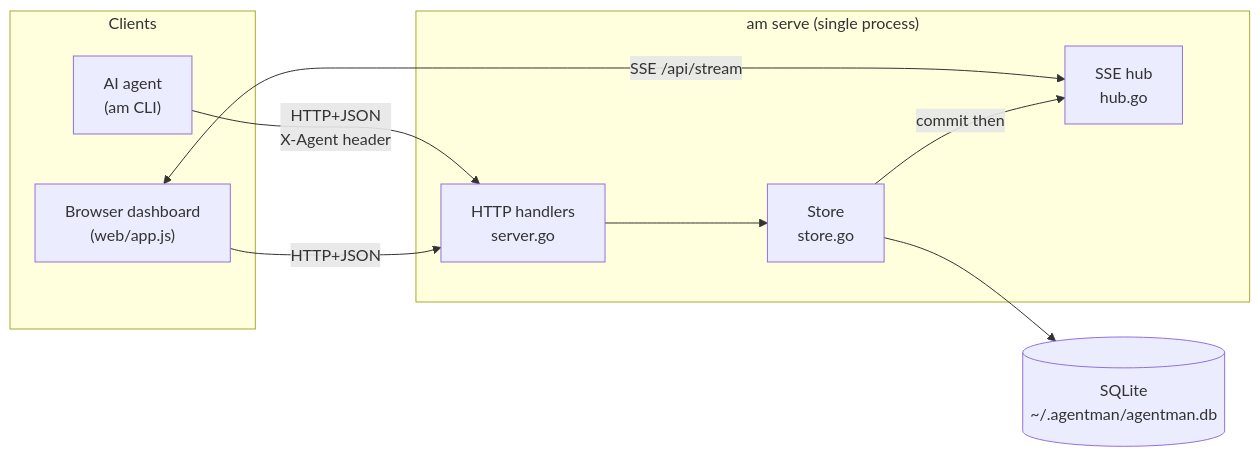
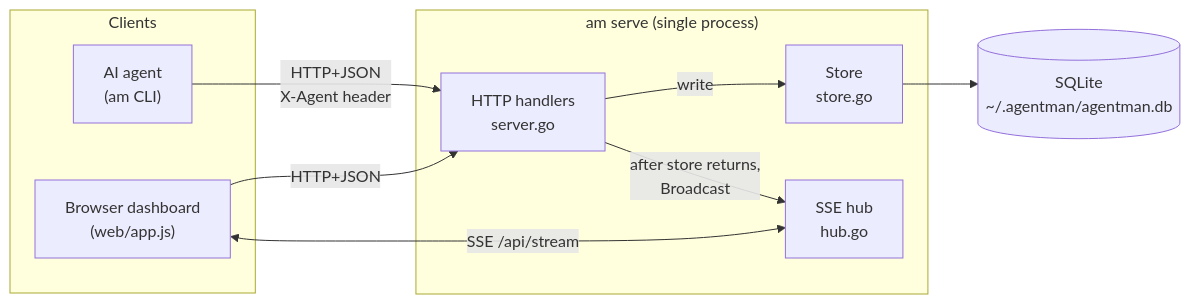
One commit to RamiAltai/agentman changed the diagram in architecture/system-map.md. Above: the diagram before and after it, drawn with Mermaid. The commit also changed other lines of this file and 6 other files, not shown here.

````diff
--- a/architecture/system-map.md
+++ b/architecture/system-map.md
@@ -279,18 +281,18 @@
 ```mermaid
 flowchart LR
   subgraph Clients
     A["AI agent<br/>(am CLI)"]
     B["Browser dashboard<br/>(web/app.js)"]
   end
   A -->|HTTP+JSON<br/>X-Agent header| S
   B -->|HTTP+JSON| S
   B <-->|SSE /api/stream| H
   subgraph Binary["am serve (single process)"]
     S["HTTP handlers<br/>server.go"]
     H["SSE hub<br/>hub.go"]
     ST["Store<br/>store.go"]
-    S --> ST
-    ST -->|commit then| H
+    S -->|write| ST
+    S -->|after store returns,<br/>Broadcast| H
   end
   ST --> DB[("SQLite<br/>~/.agentman/agentman.db")]
 ```
````
